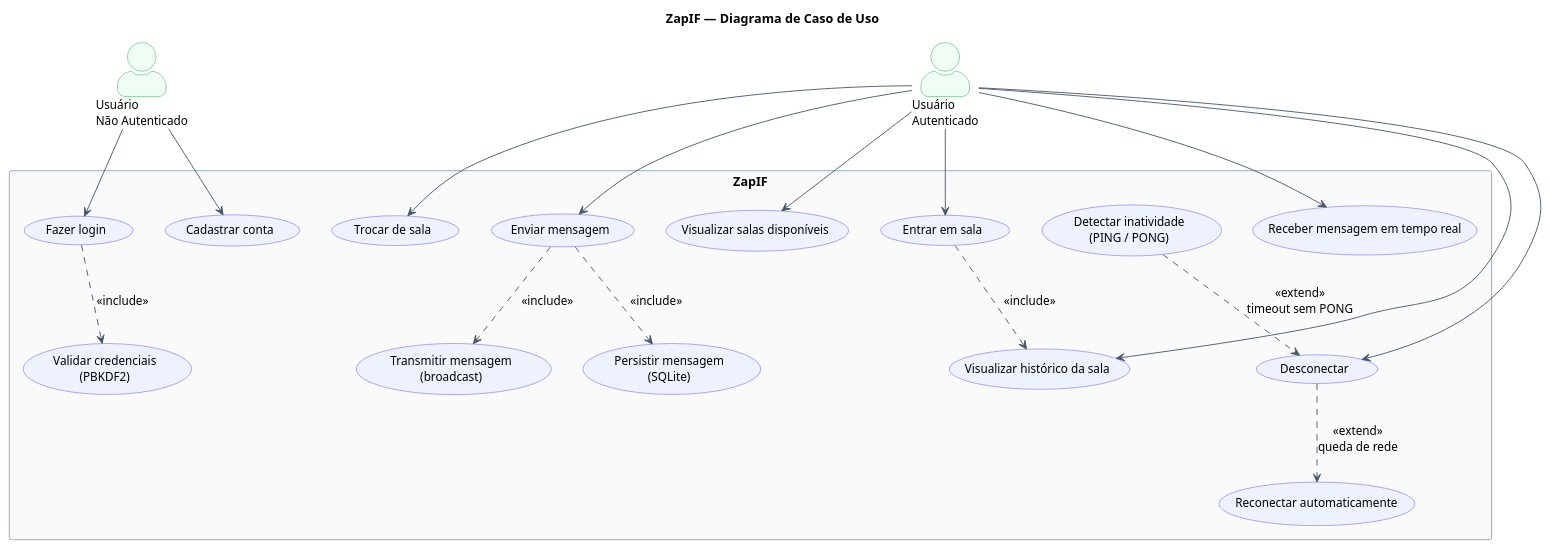
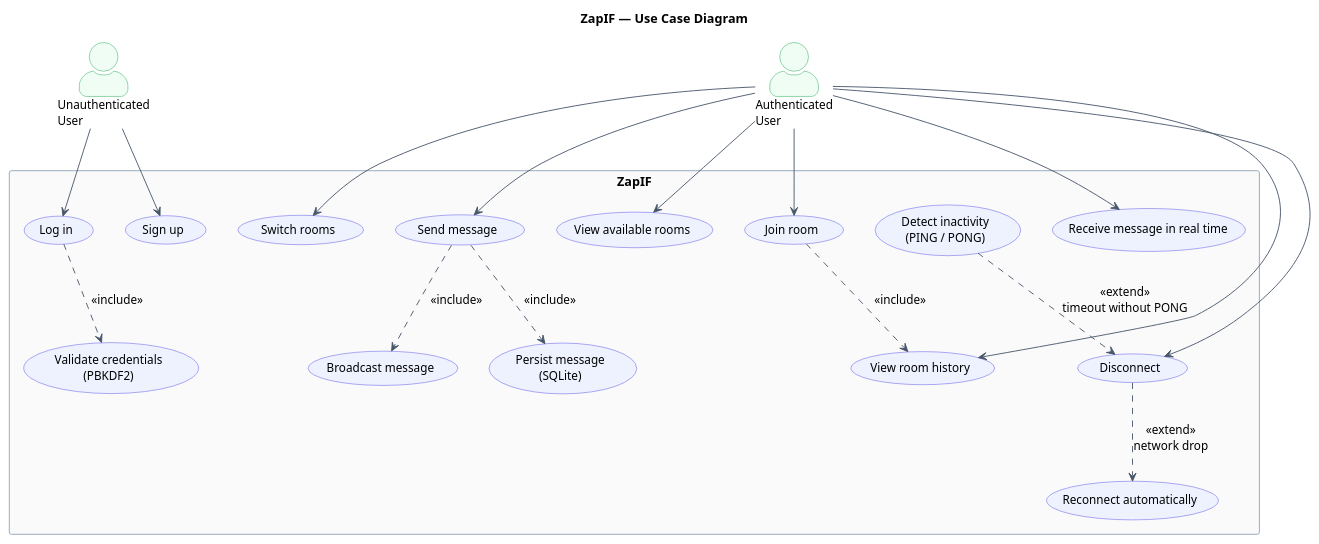
One commit to ErickHTF/ZapIF changed the diagram in uml/puml/caso_de_uso.puml. Above: the diagram before and after it, drawn with PlantUML. The commit also changed 11 other files, not shown here.

```diff
--- a/uml/puml/caso_de_uso.puml
+++ b/uml/puml/caso_de_uso.puml
@@ -1,77 +1,77 @@
 @startuml caso_de_uso
-title ZapIF — Diagrama de Caso de Uso
+title ZapIF — Use Case Diagram
 
 skinparam actorStyle awesome
 skinparam usecase {
     BackgroundColor #EEF2FF
     BorderColor     #4F46E5
     FontSize        13
 }
 skinparam actor {
     BackgroundColor #F0FDF4
     BorderColor     #16A34A
     FontSize        13
 }
 skinparam rectangle {
     BackgroundColor #FAFAFA
     BorderColor     #94A3B8
 }
 skinparam ArrowColor #475569
 skinparam Shadowing false
 
-' ── Atores ────────────────────────────────────────────────────────
-actor "Usuário\nNão Autenticado" as Anonimo
-actor "Usuário\nAutenticado"     as Autenticado
+' ── Actors ────────────────────────────────────────────────────────
+actor "Unauthenticated\nUser" as Anonimo
+actor "Authenticated\nUser"     as Autenticado
 
-' ── Sistema ───────────────────────────────────────────────────────
+' ── System ───────────────────────────────────────────────────────
 rectangle "ZapIF" {
 
-    ' Pré-login
-    usecase "Cadastrar conta" as UC01
-    usecase "Fazer login"     as UC02
+    ' Pre-login
+    usecase "Sign up" as UC01
+    usecase "Log in"          as UC02
 
-    ' Pós-login — navegação
-    usecase "Visualizar salas disponíveis" as UC03
-    usecase "Entrar em sala"               as UC04
-    usecase "Trocar de sala"               as UC08
+    ' Post-login — navigation
+    usecase "View available rooms"         as UC03
+    usecase "Join room"                    as UC04
+    usecase "Switch rooms"                 as UC08
 
-    ' Pós-login — mensagens
-    usecase "Enviar mensagem"                as UC05
-    usecase "Receber mensagem em tempo real" as UC06
-    usecase "Visualizar histórico da sala"   as UC07
+    ' Post-login — messages
+    usecase "Send message"                   as UC05
+    usecase "Receive message in real time"   as UC06
+    usecase "View room history"              as UC07
 
-    ' Conexão
-    usecase "Desconectar"              as UC09
-    usecase "Reconectar automaticamente" as UC14
+    ' Connection
+    usecase "Disconnect"               as UC09
+    usecase "Reconnect automatically"  as UC14
 
-    ' Comportamentos internos do servidor (include/extend)
-    usecase "Validar credenciais\n(PBKDF2)"         as UC10
-    usecase "Persistir mensagem\n(SQLite)"           as UC11
-    usecase "Transmitir mensagem\n(broadcast)"       as UC12
-    usecase "Detectar inatividade\n(PING / PONG)"    as UC13
+    ' Internal server behavior (include/extend)
+    usecase "Validate credentials\n(PBKDF2)"         as UC10
+    usecase "Persist message\n(SQLite)"           as UC11
+    usecase "Broadcast message"       as UC12
+    usecase "Detect inactivity\n(PING / PONG)"    as UC13
 }
 
-' ── Associações do Usuário Não Autenticado ────────────────────────
+' ── Unauthenticated User associations ─────────────────────────────
 Anonimo --> UC01
 Anonimo --> UC02
 
-' ── Associações do Usuário Autenticado ───────────────────────────
+' ── Authenticated User associations ─────────────────────────────
 Autenticado --> UC03
 Autenticado --> UC04
 Autenticado --> UC05
 Autenticado --> UC06
 Autenticado --> UC07
 Autenticado --> UC08
 Autenticado --> UC09
 
-' ── Include (comportamento obrigatório) ──────────────────────────
+' ── Include (mandatory behavior) ─────────────────────────────────
 UC02 ..> UC10 : <<include>>
 UC05 ..> UC11 : <<include>>
 UC05 ..> UC12 : <<include>>
 UC04 ..> UC07 : <<include>>
 
-' ── Extend (comportamento condicional) ───────────────────────────
-UC09 ..> UC14 : <<extend>>\nqueda de rede
-UC13 ..> UC09 : <<extend>>\ntimeout sem PONG
+' ── Extend (conditional behavior) ─────────────────────────────────
+UC09 ..> UC14 : <<extend>>\nnetwork drop
+UC13 ..> UC09 : <<extend>>\ntimeout without PONG
 
 @enduml
```
